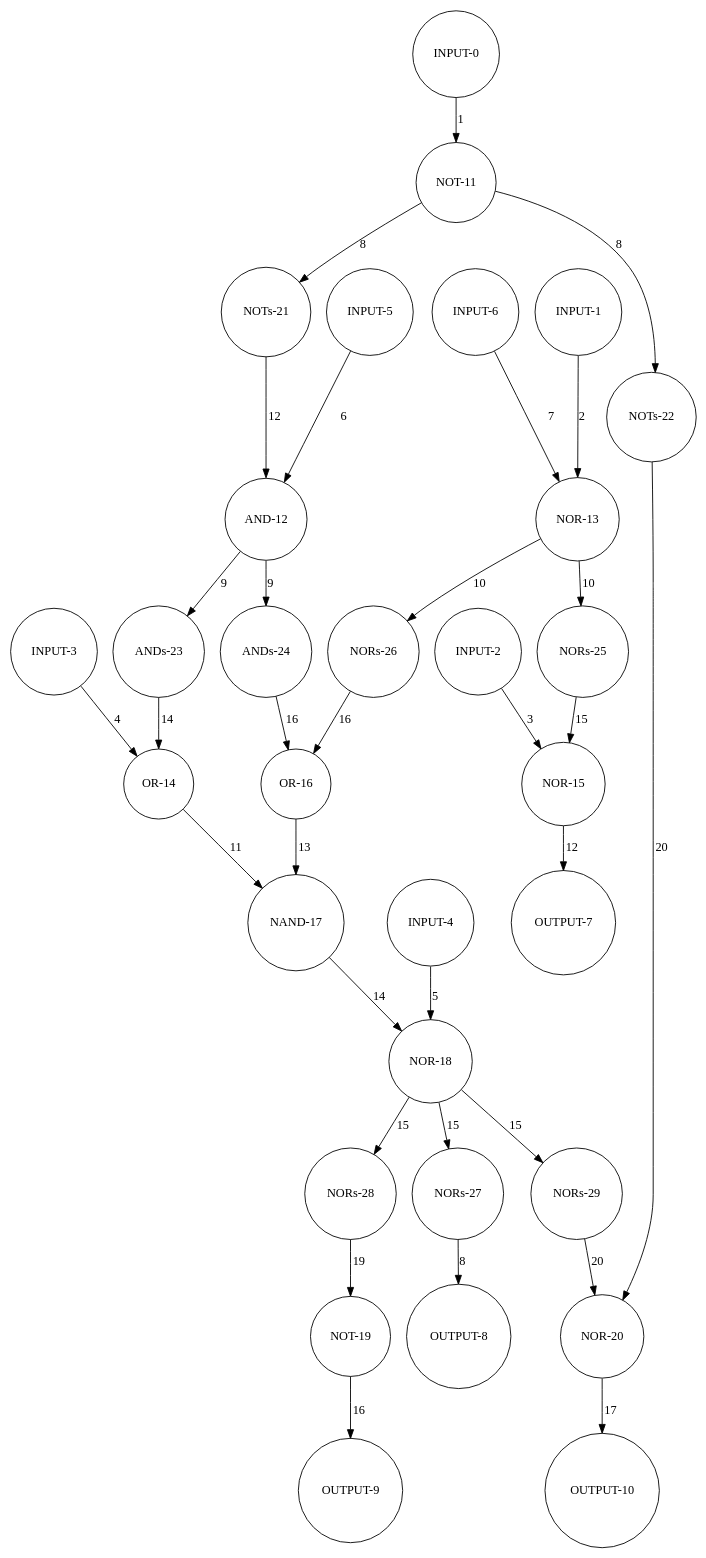
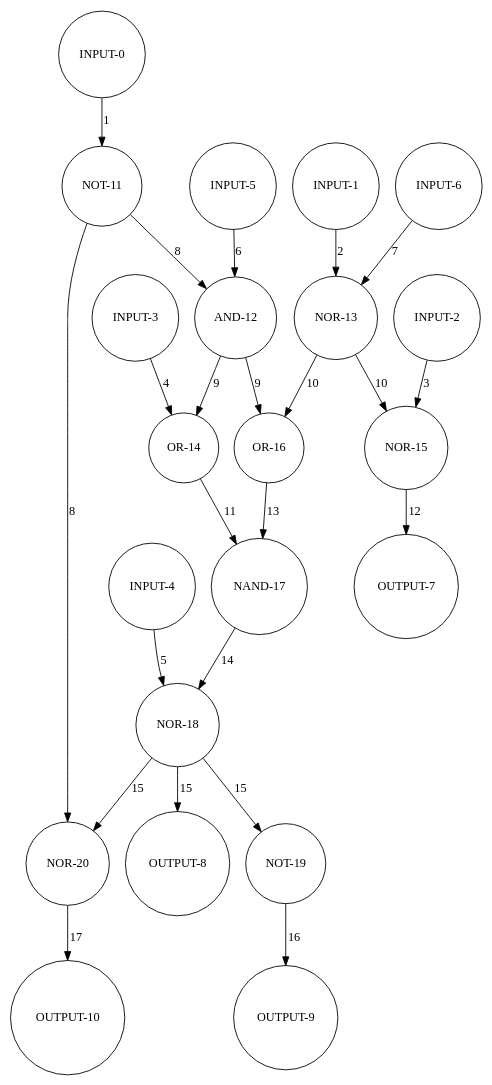
One commit to MakisChristou/ParallelCircuitSimulator changed the diagram in netlist.dot. Above: the diagram before and after it, drawn with Graphviz. The commit also changed 2 other files, not shown here.

```diff
--- a/netlist.dot
+++ b/netlist.dot
@@ -1,63 +1,45 @@
 digraph {
 0 [label="INPUT-0",shape=circle];
 1 [label="INPUT-1",shape=circle];
 2 [label="INPUT-2",shape=circle];
 3 [label="INPUT-3",shape=circle];
 4 [label="INPUT-4",shape=circle];
 5 [label="INPUT-5",shape=circle];
 6 [label="INPUT-6",shape=circle];
 7 [label="OUTPUT-7",shape=circle];
 8 [label="OUTPUT-8",shape=circle];
 9 [label="OUTPUT-9",shape=circle];
 10 [label="OUTPUT-10",shape=circle];
 11 [label="NOT-11",shape=circle];
 12 [label="AND-12",shape=circle];
 13 [label="NOR-13",shape=circle];
 14 [label="OR-14",shape=circle];
 15 [label="NOR-15",shape=circle];
 16 [label="OR-16",shape=circle];
 17 [label="NAND-17",shape=circle];
 18 [label="NOR-18",shape=circle];
 19 [label="NOT-19",shape=circle];
 20 [label="NOR-20",shape=circle];
-21 [label="NOTs-21",shape=circle];
-22 [label="NOTs-22",shape=circle];
-23 [label="ANDs-23",shape=circle];
-24 [label="ANDs-24",shape=circle];
-25 [label="NORs-25",shape=circle];
-26 [label="NORs-26",shape=circle];
-27 [label="NORs-27",shape=circle];
-28 [label="NORs-28",shape=circle];
-29 [label="NORs-29",shape=circle];
 0 -> 11[label="1"];
 1 -> 13[label="2"];
 2 -> 15[label="3"];
 3 -> 14[label="4"];
 4 -> 18[label="5"];
 5 -> 12[label="6"];
 6 -> 13[label="7"];
-11 -> 21[label="8"];
-11 -> 22[label="8"];
-12 -> 23[label="9"];
-12 -> 24[label="9"];
-13 -> 25[label="10"];
-13 -> 26[label="10"];
+11 -> 12[label="8"];
+11 -> 20[label="8"];
+12 -> 14[label="9"];
+12 -> 16[label="9"];
+13 -> 15[label="10"];
+13 -> 16[label="10"];
 14 -> 17[label="11"];
 15 -> 7[label="12"];
 16 -> 17[label="13"];
 17 -> 18[label="14"];
-18 -> 27[label="15"];
-18 -> 28[label="15"];
-18 -> 29[label="15"];
+18 -> 8[label="15"];
+18 -> 19[label="15"];
+18 -> 20[label="15"];
 19 -> 9[label="16"];
 20 -> 10[label="17"];
-21 -> 12[label="12"];
-22 -> 20[label="20"];
-23 -> 14[label="14"];
-24 -> 16[label="16"];
-25 -> 15[label="15"];
-26 -> 16[label="16"];
-27 -> 8[label="8"];
-28 -> 19[label="19"];
-29 -> 20[label="20"];
 }
```
